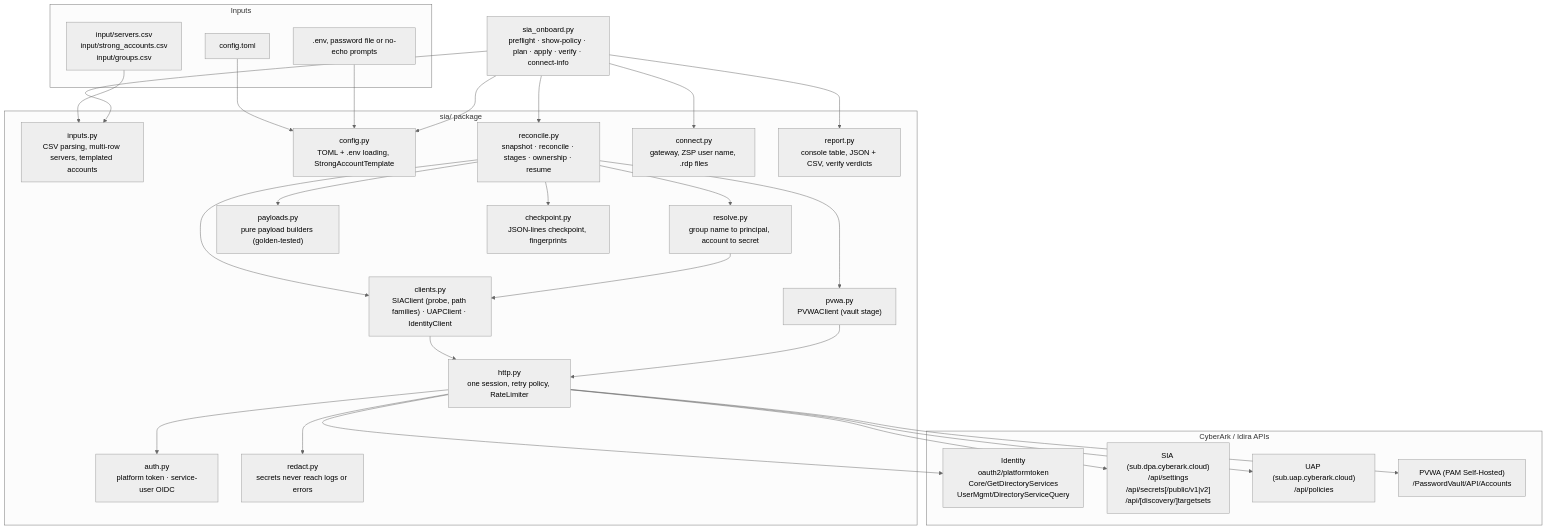
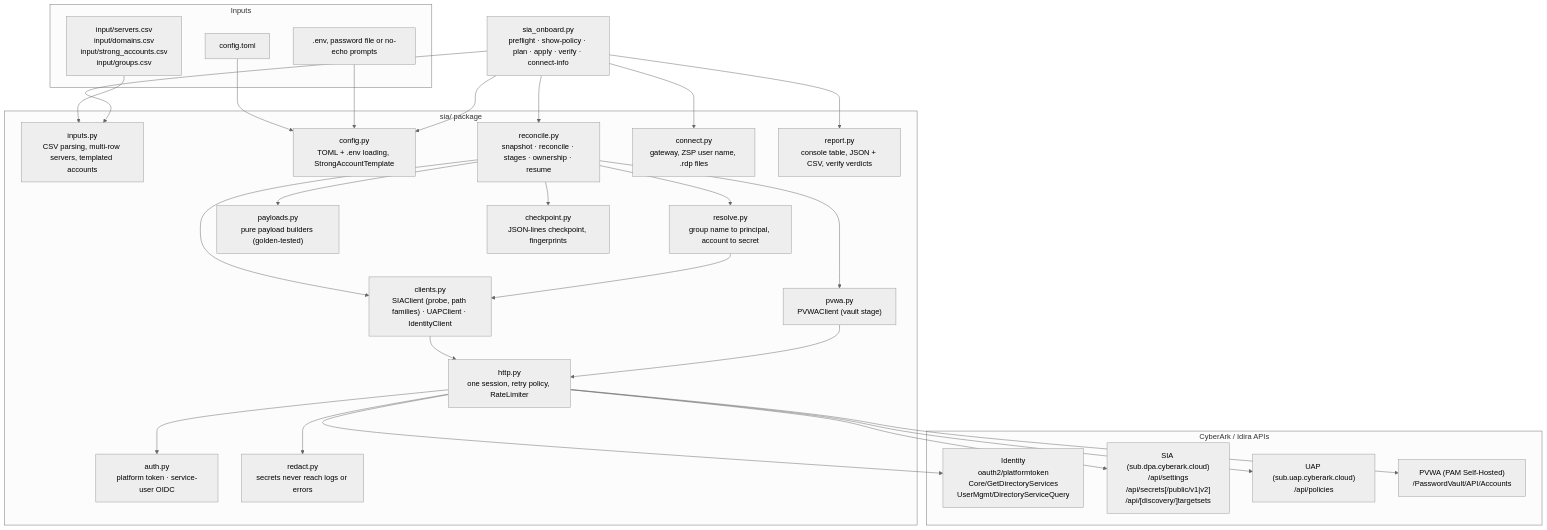
The first of 3 diagrams in docs/DEVELOPER.md (umair-wwt/sia-policy), drawn with Mermaid (neutral theme) before and after one commit. The commit also changed other lines of this file and 19 other files, not shown here.

````diff
--- a/docs/DEVELOPER.md
+++ b/docs/DEVELOPER.md
@@ -27,52 +29,52 @@
 ```mermaid
 flowchart TB
     subgraph inputs["Inputs"]
-        CSV["input/servers.csv<br/>input/strong_accounts.csv<br/>input/groups.csv"]
+        CSV["input/servers.csv<br/>input/domains.csv<br/>input/strong_accounts.csv<br/>input/groups.csv"]
         CFG["config.toml"]
         ENV[".env, password file or no-echo prompts"]
     end
     CLI["sia_onboard.py<br/>preflight · show-policy · plan · apply · verify · connect-info"]
     subgraph core["sia/ package"]
         INP["inputs.py<br/>CSV parsing, multi-row servers, templated accounts"]
         CONF["config.py<br/>TOML + .env loading, StrongAccountTemplate"]
         REC["reconcile.py<br/>snapshot · reconcile · stages · ownership · resume"]
         RES["resolve.py<br/>group name to principal, account to secret"]
         PAY["payloads.py<br/>pure payload builders (golden-tested)"]
         CL["clients.py<br/>SIAClient (probe, path families) · UAPClient · IdentityClient"]
         PV["pvwa.py<br/>PVWAClient (vault stage)"]
         HTTP["http.py<br/>one session, retry policy, RateLimiter"]
         AUTH["auth.py<br/>platform token · service-user OIDC"]
         RED["redact.py<br/>secrets never reach logs or errors"]
         CK["checkpoint.py<br/>JSON-lines checkpoint, fingerprints"]
         CON["connect.py<br/>gateway, ZSP user name, .rdp files"]
         REP["report.py<br/>console table, JSON + CSV, verify verdicts"]
     end
     subgraph apis["CyberArk / Idira APIs"]
         ID["Identity<br/>oauth2/platformtoken<br/>Core/GetDirectoryServices<br/>UserMgmt/DirectoryServiceQuery"]
         DPA["SIA (sub.dpa.cyberark.cloud)<br/>/api/settings<br/>/api/secrets[/public/v1|v2]<br/>/api/[discovery/]targetsets"]
         UAPI["UAP (sub.uap.cyberark.cloud)<br/>/api/policies"]
         PVWA["PVWA (PAM Self-Hosted)<br/>/PasswordVault/API/Accounts"]
     end
     CSV --> INP
     CFG --> CONF
     ENV --> CONF
     CLI --> INP
     CLI --> CONF
     CLI --> REC
     CLI --> REP
     CLI --> CON
     REC --> RES
     REC --> PAY
     REC --> CL
     REC --> PV
     REC --> CK
     RES --> CL
     CL --> HTTP
     PV --> HTTP
     HTTP --> AUTH
     HTTP --> RED
     HTTP --> ID
     HTTP --> DPA
     HTTP --> UAPI
     HTTP --> PVWA
 ```
````
